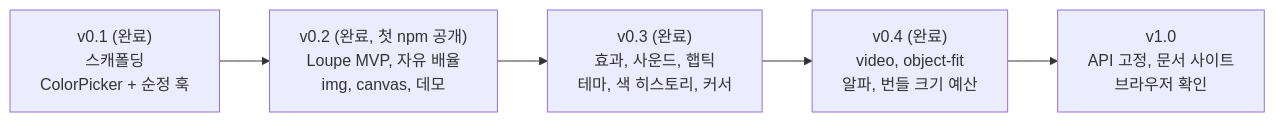
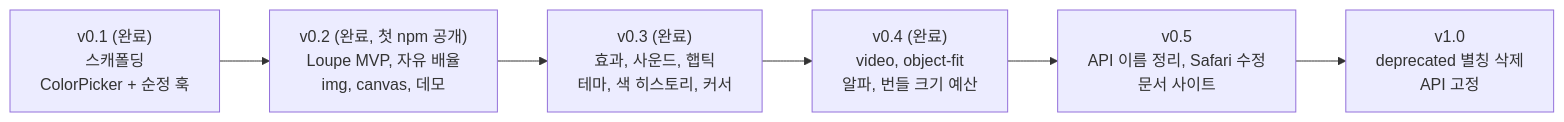
Before and after one commit to momoci99/react-eyedropper-picker: the second of 2 diagrams in docs/PLANNING.md, drawn with Mermaid. The commit also changed other lines of this file, not shown here.

````diff
--- a/docs/PLANNING.md
+++ b/docs/PLANNING.md
@@ -376,7 +376,8 @@
 ```mermaid
 flowchart LR
     V01["v0.1 (완료)<br/>스캐폴딩<br/>ColorPicker + 순정 훅"] --> V02["v0.2 (완료, 첫 npm 공개)<br/>Loupe MVP, 자유 배율<br/>img, canvas, 데모"]
     V02 --> V03["v0.3 (완료)<br/>효과, 사운드, 햅틱<br/>테마, 색 히스토리, 커서"]
     V03 --> V04["v0.4 (완료)<br/>video, object-fit<br/>알파, 번들 크기 예산"]
-    V04 --> V10["v1.0<br/>API 고정, 문서 사이트<br/>브라우저 확인"]
+    V04 --> V05["v0.5<br/>API 이름 정리, Safari 수정<br/>문서 사이트"]
+    V05 --> V10["v1.0<br/>deprecated 별칭 삭제<br/>API 고정"]
 ```
````
